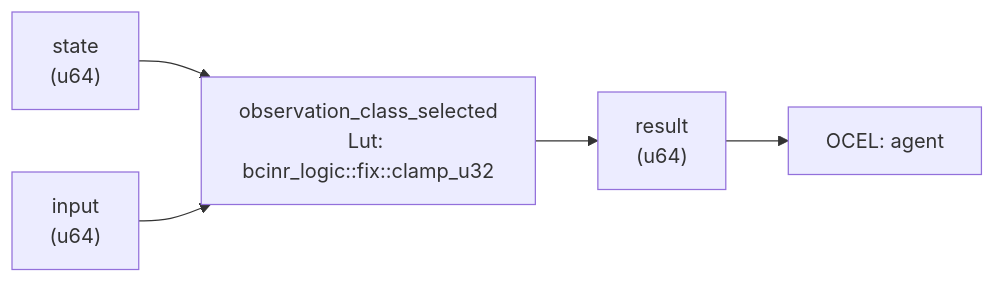
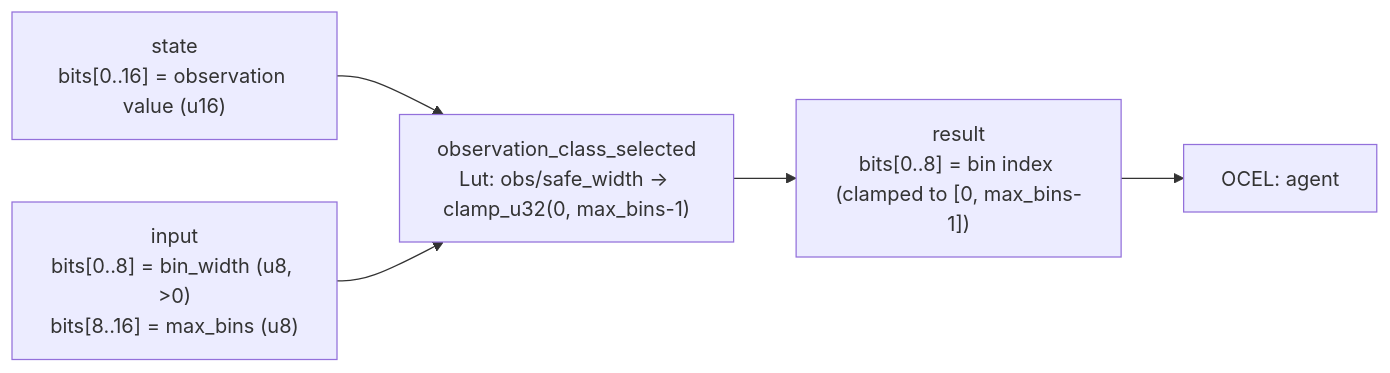
Before and after one commit to seanchatmangpt/bcinr: the diagram in crates/wasm4games/docs/patterns/observation_class_selected.md, drawn with Mermaid. The commit also changed other lines of this file and 36 other files, not shown here.

````diff
--- a/crates/wasm4games/docs/patterns/observation_class_selected.md
+++ b/crates/wasm4games/docs/patterns/observation_class_selected.md
@@ -56,12 +38,12 @@
 ```mermaid
 graph LR
-    state["state\n(u64)"]
-    input["input\n(u64)"]
-    kernel["observation_class_selected\nLut: bcinr_logic::fix::clamp_u32"]
-    result["result\n(u64)"]
+    state["state\nbits[0..16] = observation value (u16)"]
+    input["input\nbits[0..8] = bin_width (u8, >0)\nbits[8..16] = max_bins (u8)"]
+    kernel["observation_class_selected\nLut: obs/safe_width → clamp_u32(0, max_bins-1)"]
+    result["result\nbits[0..8] = bin index (clamped to [0, max_bins-1])"]
     state --> kernel
     input --> kernel
     kernel --> result
     ocel_0["OCEL: agent"]
     result --> ocel_0
 ```
````
